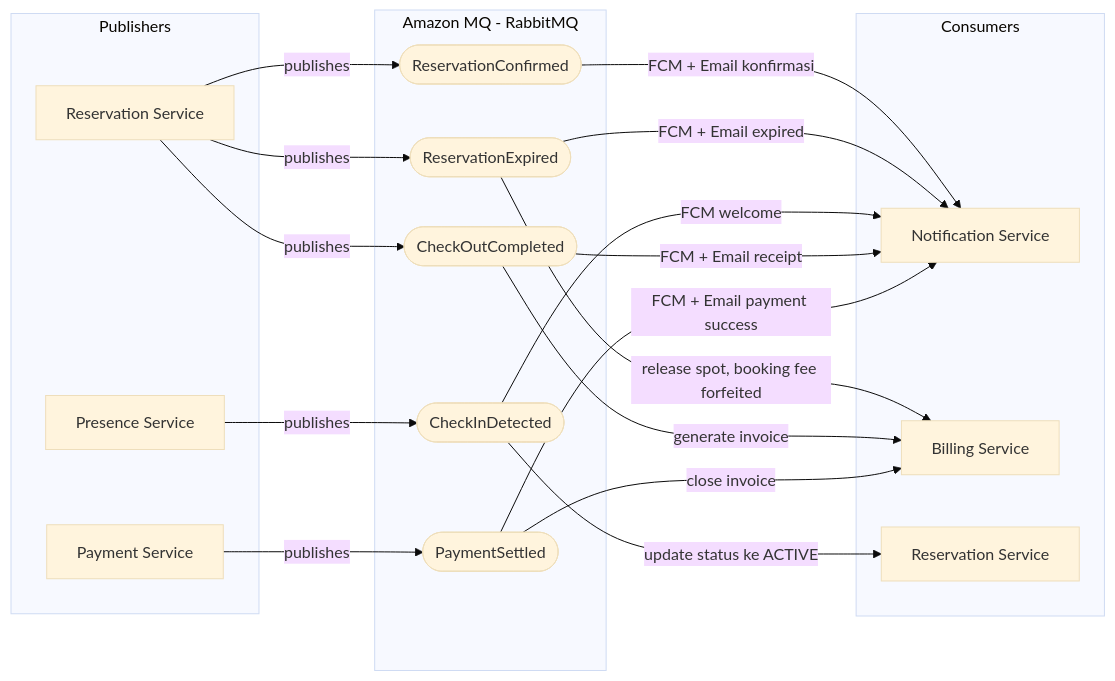
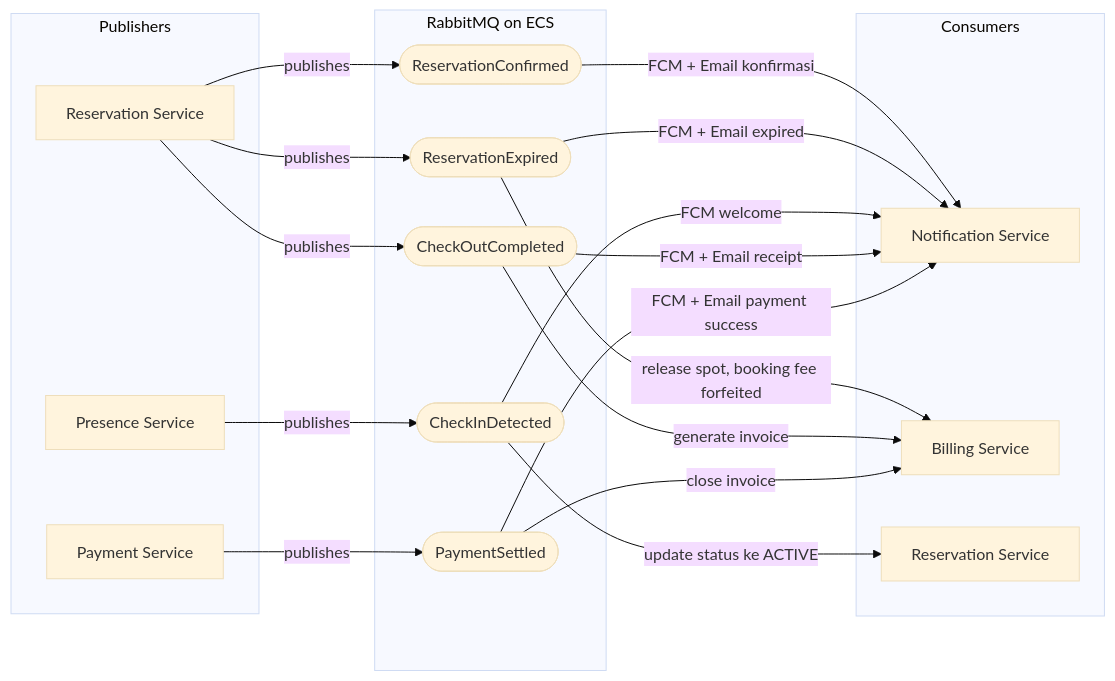
The third of 7 diagrams in README.md (edysupardi/parkirpintar), drawn with Mermaid (base theme) before and after one commit. The commit also changed other lines of this file, not shown here.

````diff
--- a/README.md
+++ b/README.md
@@ -156,38 +156,38 @@
 ```mermaid
 flowchart LR
     subgraph PUB[Publishers]
         RS[Reservation Service]
         PS[Presence Service]
         PAY[Payment Service]
     end
 
-    subgraph MQ[Amazon MQ - RabbitMQ]
+    subgraph MQ[RabbitMQ on ECS]
         E1([ReservationConfirmed])
         E2([ReservationExpired])
         E3([CheckInDetected])
         E4([CheckOutCompleted])
         E5([PaymentSettled])
     end
 
     subgraph CON[Consumers]
         NOTIF[Notification Service]
         BS[Billing Service]
         RS2[Reservation Service]
     end
 
     RS -->|publishes| E1
     RS -->|publishes| E2
     RS -->|publishes| E4
     PS -->|publishes| E3
     PAY -->|publishes| E5
 
     E1 -->|FCM + Email konfirmasi| NOTIF
     E2 -->|FCM + Email expired| NOTIF
     E2 -->|release spot, booking fee forfeited| BS
     E3 -->|update status ke ACTIVE| RS2
     E3 -->|FCM welcome| NOTIF
     E4 -->|generate invoice| BS
     E4 -->|FCM + Email receipt| NOTIF
     E5 -->|close invoice| BS
     E5 -->|FCM + Email payment success| NOTIF
 ```
````
